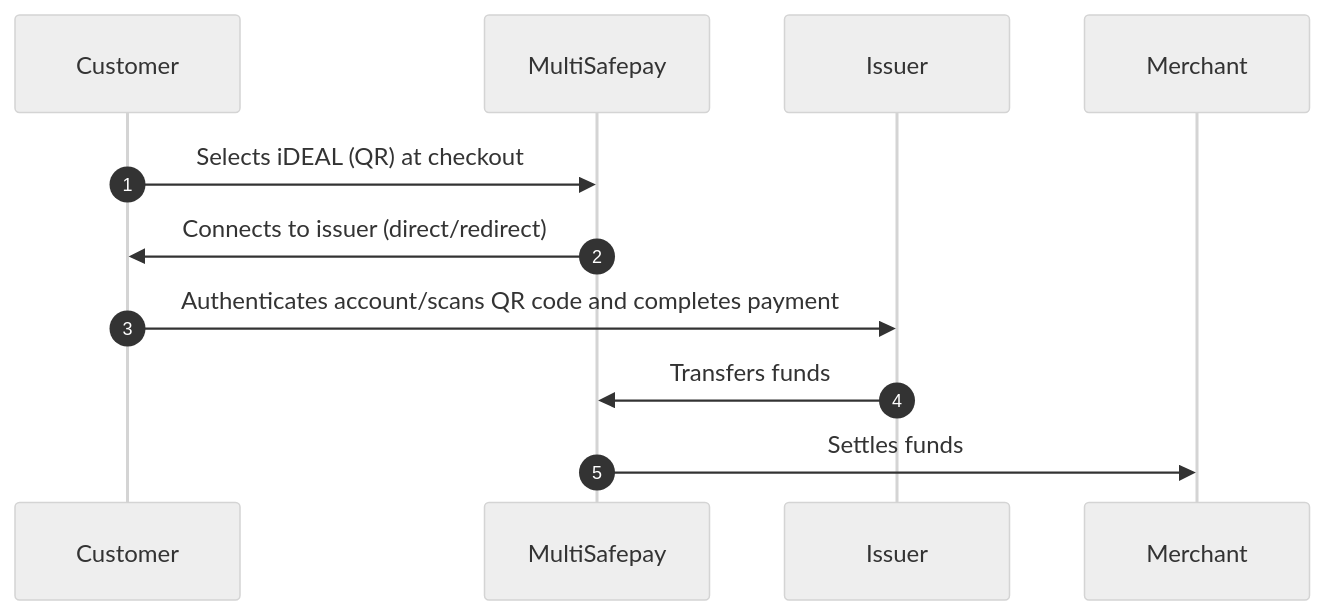
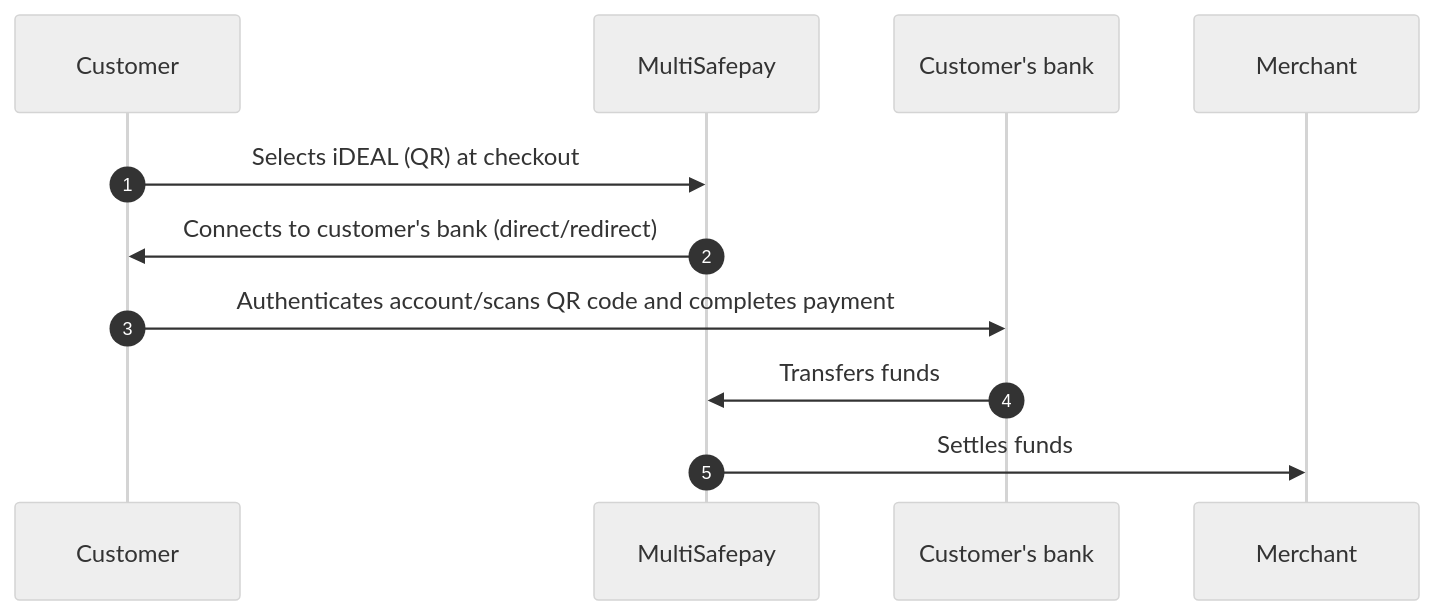
One commit to MultiSafepay/docs changed the diagram in content/payments/methods/banks/ideal/payment-flow.md. Above: the diagram before and after it, drawn with Mermaid (neutral theme). The commit also changed other lines of this file and 16 other files, not shown here.

```diff
--- a/content/payments/methods/banks/ideal/payment-flow.md
+++ b/content/payments/methods/banks/ideal/payment-flow.md
@@ -18,16 +18,16 @@
 {{< mermaid class="text-center" >}}
 
 sequenceDiagram
     autonumber
     participant C as Customer
     participant Mu as MultiSafepay
-    participant I as Issuer
+    participant CB as Customer's bank
     participant Me as Merchant
 
     C->>Mu: Selects iDEAL (QR) at checkout
-    Mu->>C: Connects to issuer (direct/redirect)
-    C->>I: Authenticates account/scans QR code and completes payment
-    I->>Mu: Transfers funds 
+    Mu->>C: Connects to customer's bank (direct/redirect)
+    C->>CB: Authenticates account/scans QR code and completes payment
+    CB->>Mu: Transfers funds 
     Mu->>Me: Settles funds
 
 {{< /mermaid >}}
```
